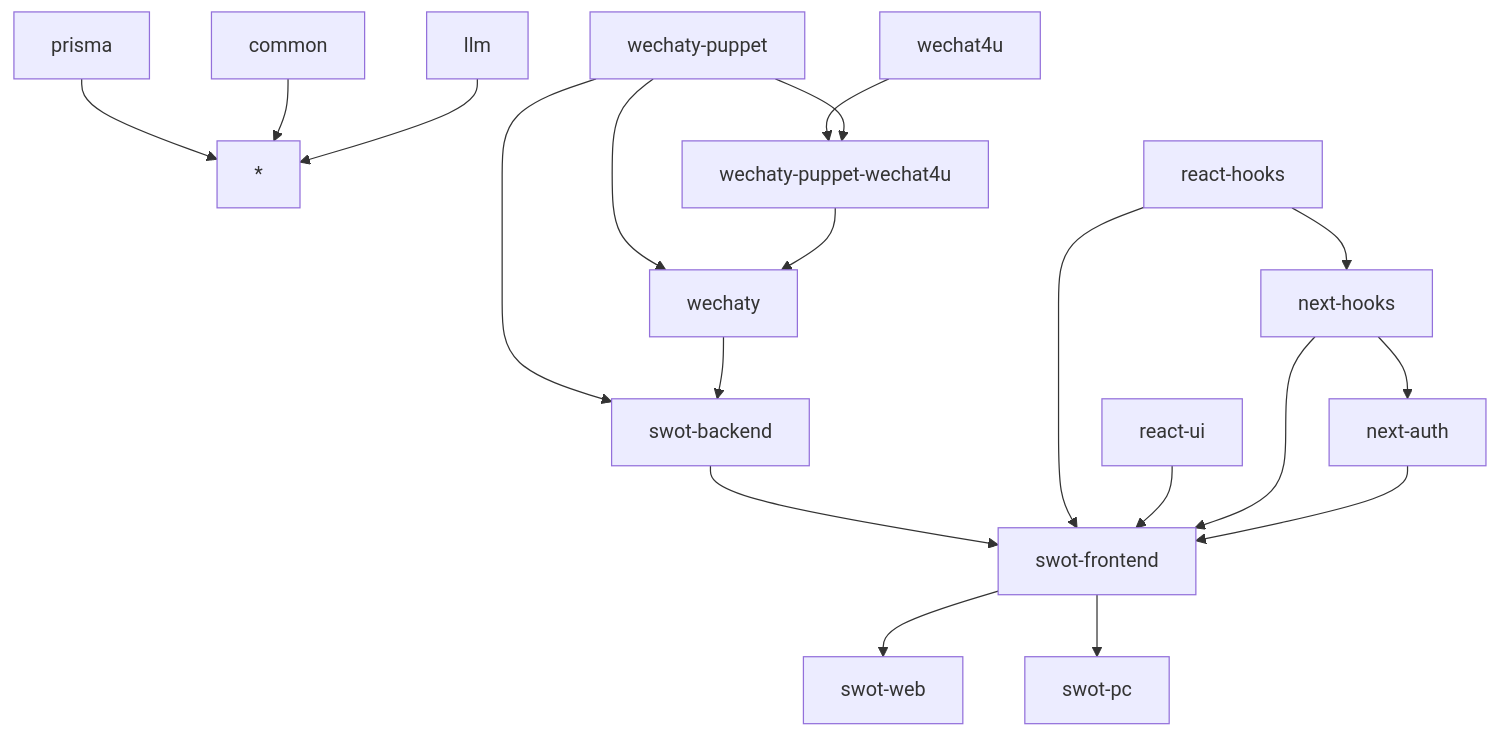
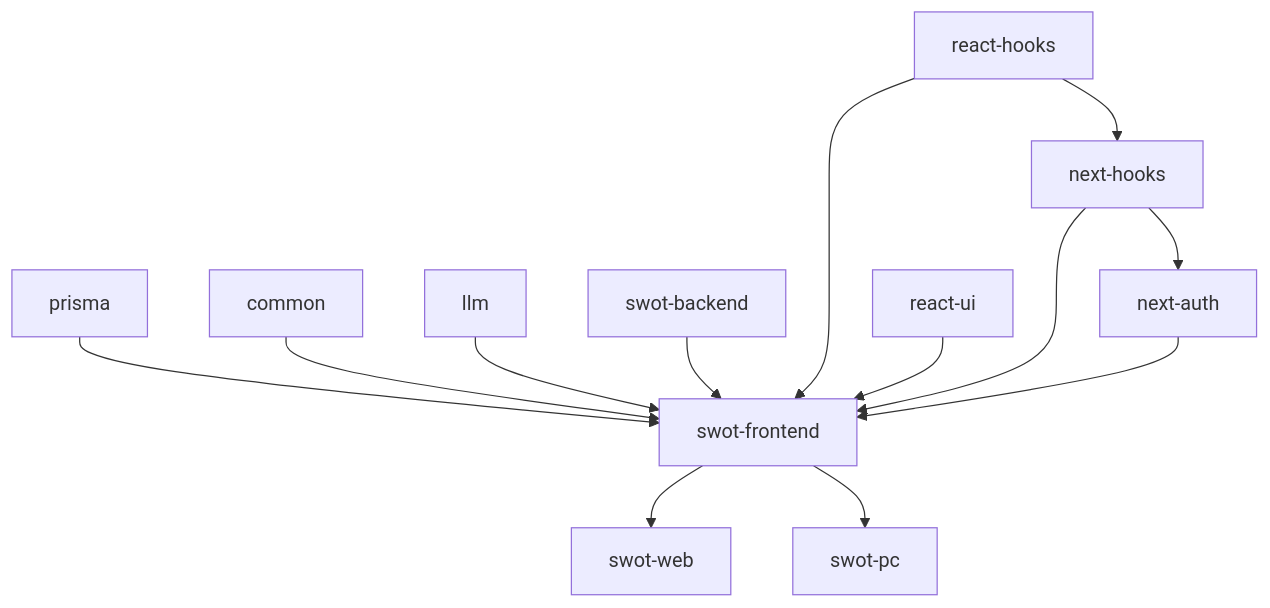
The fourth of 4 diagrams in README.md (cs-magic/codebase-ts), drawn with Mermaid before and after one commit. The commit also changed other lines of this file, not shown here.

````diff
--- a/README.md
+++ b/README.md
@@ -5,21 +37,15 @@
 ```mermaid
 graph TD;
-    prisma --> *;
-    common --> *;
-    llm --> *;
-    wechat4u --> wechaty-puppet-wechat4u;
-    wechaty-puppet --> wechaty-puppet-wechat4u;
-    wechaty-puppet --> wechaty;
-    wechaty-puppet-wechat4u --> wechaty;
-    wechaty-puppet --> swot-backend;
-    wechaty --> swot-backend;
+    prisma --> swot-frontend;
+    common --> swot-frontend;
+    llm --> swot-frontend;
     swot-backend --> swot-frontend;
     react-hooks --> next-hooks;
     react-hooks --> swot-frontend;
     react-ui --> swot-frontend;
     next-hooks --> next-auth;
     next-hooks --> swot-frontend;
     next-auth --> swot-frontend;
     swot-frontend --> swot-web;
     swot-frontend --> swot-pc;
 ```
````
